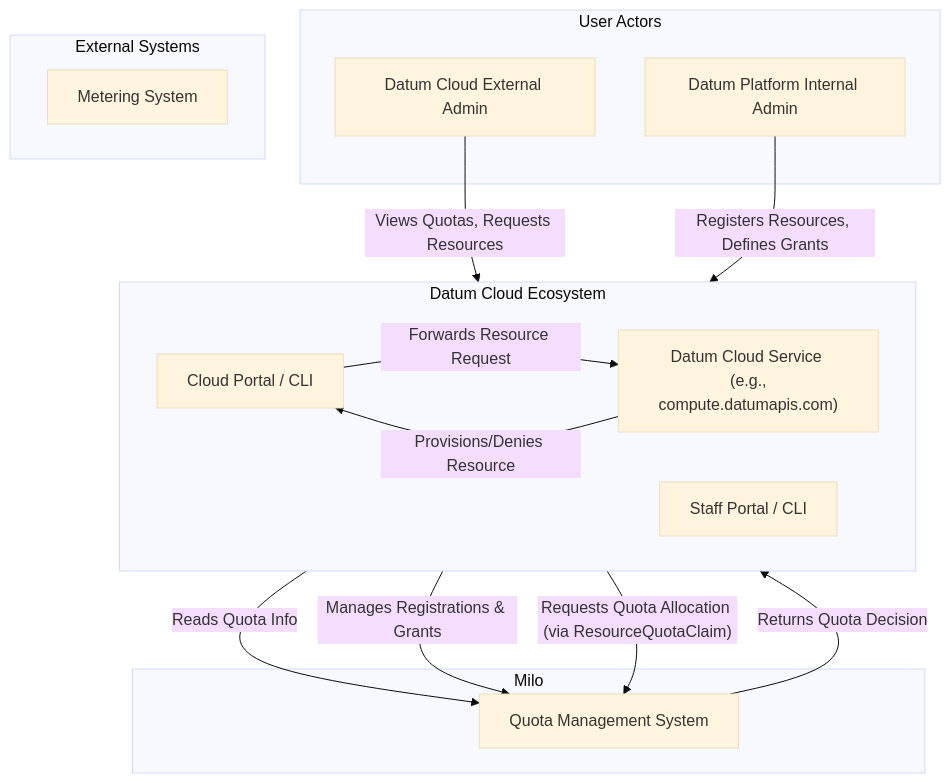
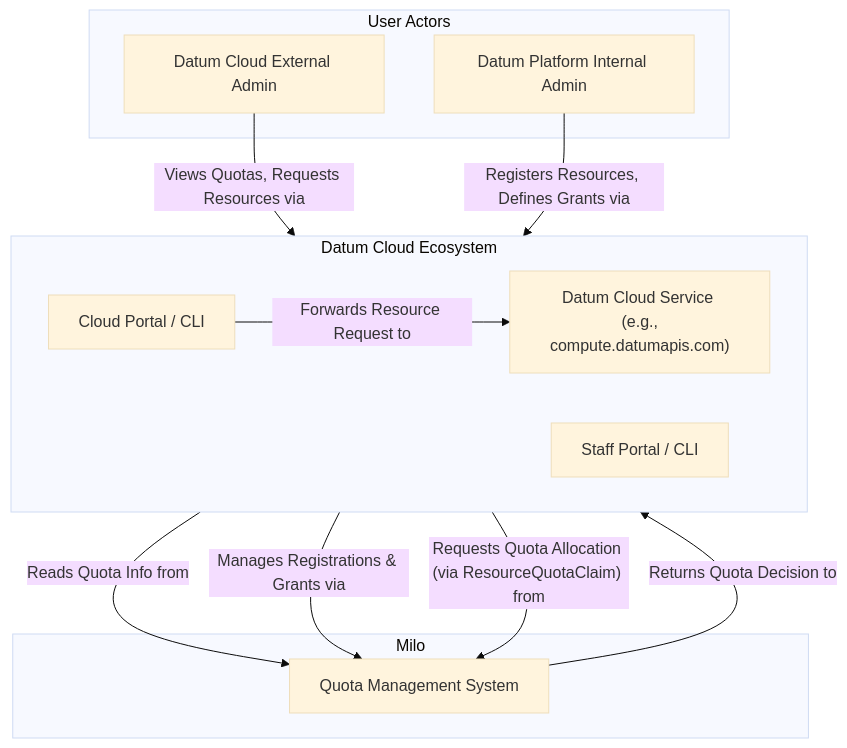
Before and after one commit to datum-cloud/enhancements: the first of 6 diagrams in enhancements/platform/quota-management/README.md, drawn with Mermaid (base theme). The commit also changed other lines of this file, not shown here.

Commit message:
enh(quota): addresses various key feedback

````diff
--- a/enhancements/platform/quota-management/README.md
+++ b/enhancements/platform/quota-management/README.md
@@ -1173,38 +1202,32 @@
 ```mermaid
 %% C1 - System Context Diagram: Milo Quota Management System
 graph TD
     subgraph User Actors
         ExternalAdmin["Datum Cloud External Admin"]
         DatumPlatformAdminEmployee["Datum Platform Internal Admin"]
     end
 
     subgraph DatumCloudEcosystem["Datum Cloud Ecosystem"]
         direction LR
         CloudPortalCLI["Cloud Portal / CLI"]
         StaffPortalCLI["Staff Portal / CLI"]
-        PCPService["Datum Cloud Service <br> (e.g., compute.datumapis.com)"]
+        PCPService["Datum Cloud Service <br/> (e.g., compute.datumapis.com)"]
     end
 
     subgraph MiloCentralServices ["Milo"]
         QuotaSystem["Quota Management System"]
     end
 
-    subgraph ExternalSystems["External Systems"]
-        MeteringSystem["Metering System"]
-    end
-
     %% External Admin interactions
-    ExternalAdmin -- "Views Quotas, Requests Resources" --> CloudPortalCLI
-    CloudPortalCLI -- "Forwards Resource Request" --> PCPService
-    CloudPortalCLI -- "Reads Quota Info" --> QuotaSystem
+    ExternalAdmin -- "Views Quotas, Requests Resources via" --> CloudPortalCLI
+    CloudPortalCLI -- "Forwards Resource Request to" --> PCPService
+    CloudPortalCLI -- "Reads Quota Info from" --> QuotaSystem
 
     %% Internal Admin interactions
-    DatumPlatformAdminEmployee -- "Registers Resources, Defines Grants" --> StaffPortalCLI
-    StaffPortalCLI -- "Manages Registrations & Grants" --> QuotaSystem
+    DatumPlatformAdminEmployee -- "Registers Resources, Defines Grants via" --> StaffPortalCLI
+    StaffPortalCLI -- "Manages Registrations & Grants via" --> QuotaSystem
 
     %% System interactions
-    PCPService -- "Requests Quota Allocation (via ResourceQuotaClaim)" --> QuotaSystem
-    QuotaSystem -- "Returns Quota Decision" --> PCPService
-    PCPService -- "Provisions/Denies Resource" --> CloudPortalCLI
-
+    PCPService -- "Requests Quota Allocation (via ResourceQuotaClaim) from" --> QuotaSystem
+    QuotaSystem -- "Returns Quota Decision to" --> PCPService
 ```
````
